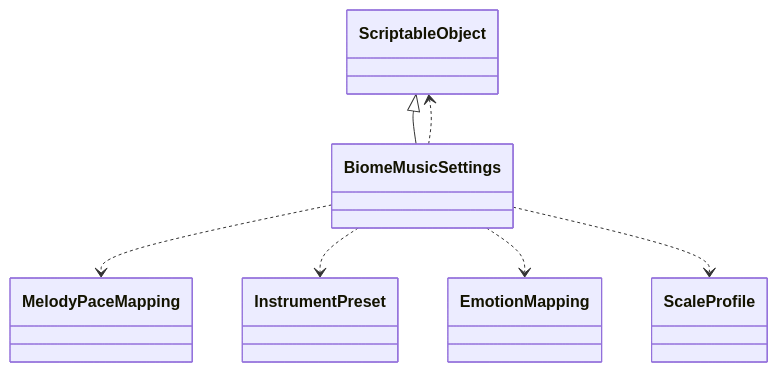
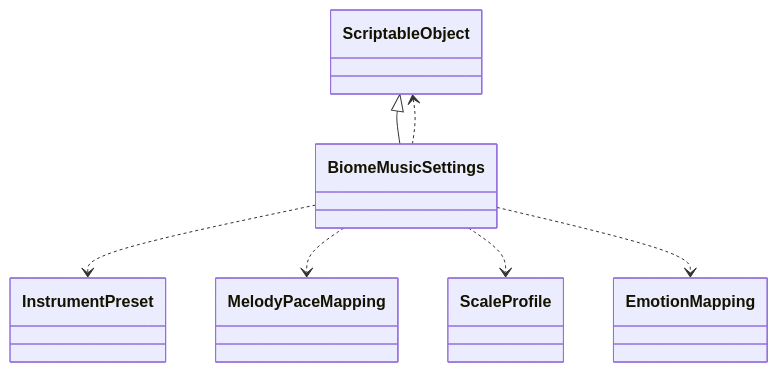
Diagram 11 of 31 in test/test.md (schnock-art/project_inspector), drawn with Mermaid before and after one commit. The commit also changed other lines of this file and 1 other file, not shown here.

````diff
--- a/test/test.md
+++ b/test/test.md
@@ -316,9 +340,9 @@
 ```mermaid
 classDiagram
 ScriptableObject <|-- BiomeMusicSettings
+BiomeMusicSettings ..> InstrumentPreset
+BiomeMusicSettings ..> ScriptableObject
 BiomeMusicSettings ..> MelodyPaceMapping
-BiomeMusicSettings ..> InstrumentPreset
+BiomeMusicSettings ..> ScaleProfile
 BiomeMusicSettings ..> EmotionMapping
-BiomeMusicSettings ..> ScaleProfile
-BiomeMusicSettings ..> ScriptableObject
 ```
````
